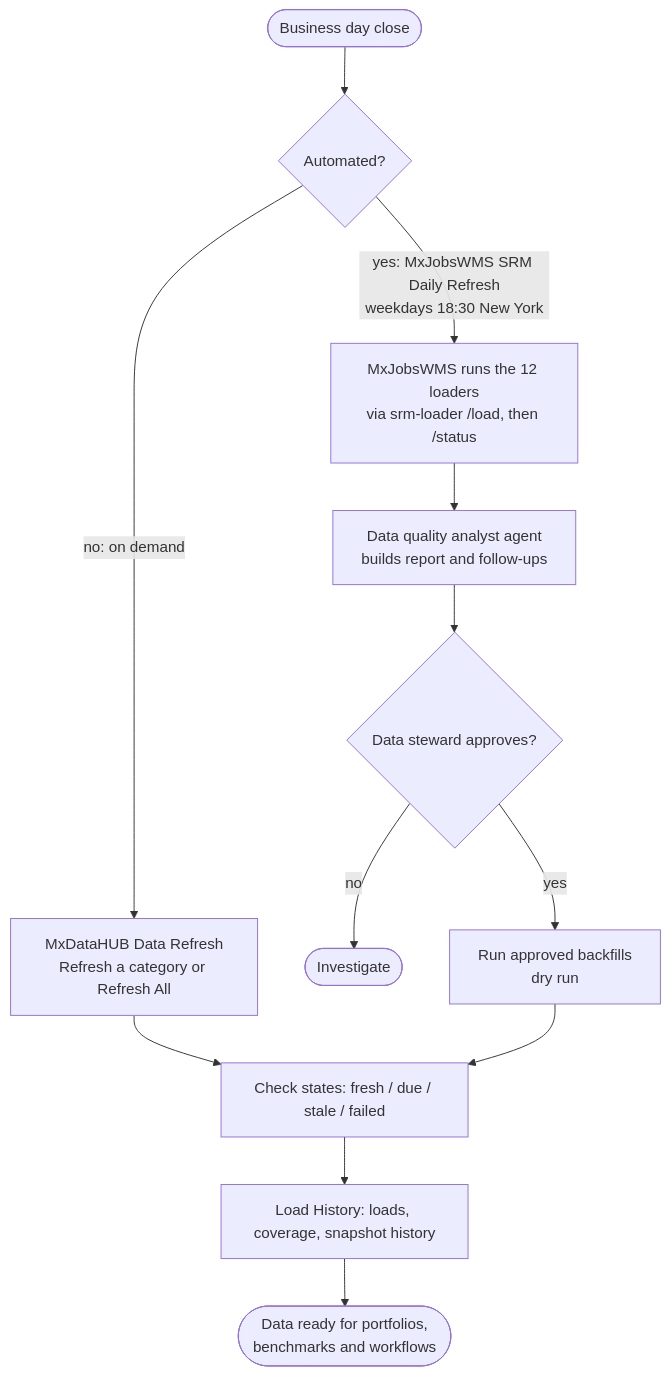
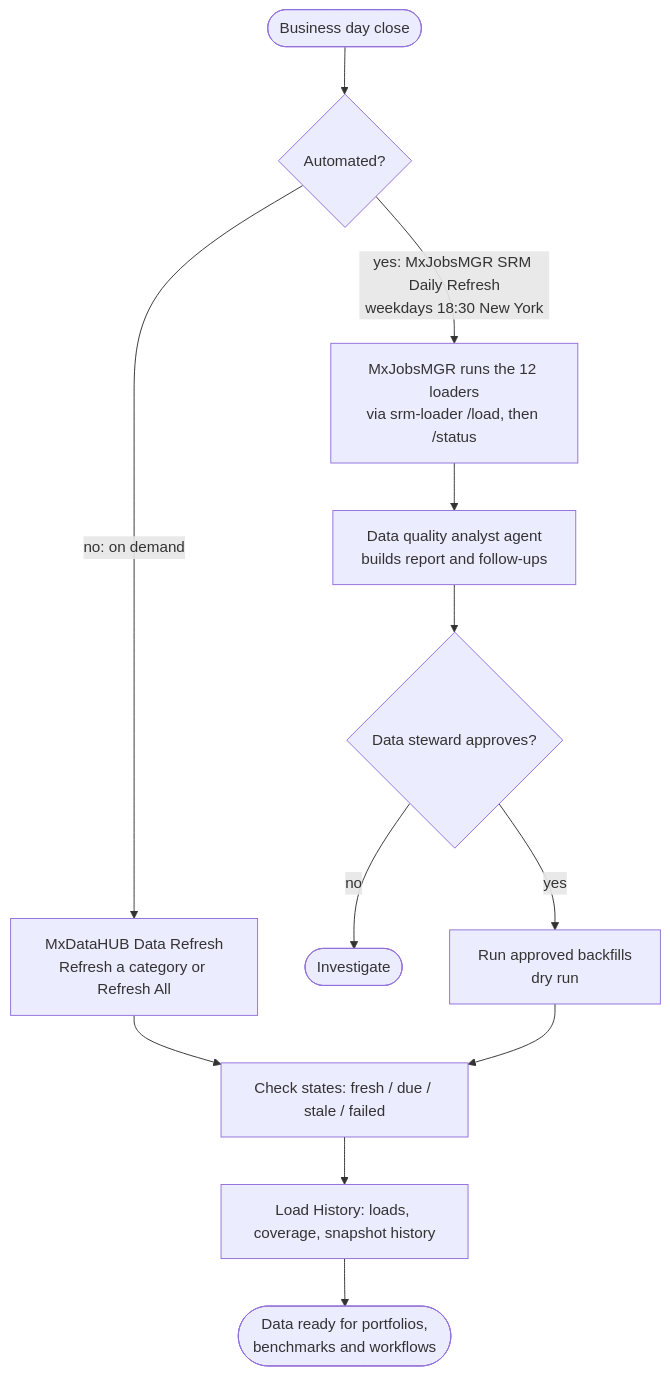
The eighth of 9 diagrams in MxAppsIDE/MxDataHUB/c4/workflows.md (k3jdr/Public), drawn with Mermaid before and after one commit. The commit also changed other lines of this file and 425 other files, not shown here.

First line of the commit message:
MxAppsIDE: sync MxAppsIOS 5a70603 — MxJobsWMS is MxJobsMGR, MxPortMGR is MxAcctMGR

````diff
--- a/MxAppsIDE/MxDataHUB/c4/workflows.md
+++ b/MxAppsIDE/MxDataHUB/c4/workflows.md
@@ -209,14 +209,14 @@
 ```mermaid
 flowchart TD
     start([Business day close]) --> auto{Automated?}
-    auto -- "yes: MxJobsWMS SRM Daily Refresh<br/>weekdays 18:30 New York" --> wms[MxJobsWMS runs the 12 loaders<br/>via srm-loader /load, then /status]
+    auto -- "yes: MxJobsMGR SRM Daily Refresh<br/>weekdays 18:30 New York" --> wms[MxJobsMGR runs the 12 loaders<br/>via srm-loader /load, then /status]
     wms --> review[Data quality analyst agent<br/>builds report and follow-ups]
     review --> approve{Data steward approves?}
     approve -- yes --> backfill[Run approved backfills<br/>dry run]
     approve -- no --> stop([Investigate])
     auto -- "no: on demand" --> hub[MxDataHUB Data Refresh<br/>Refresh a category or Refresh All]
     hub --> check[Check states: fresh / due / stale / failed]
     backfill --> check
     check --> audit[Load History: loads, coverage, snapshot history]
     audit --> done([Data ready for portfolios,<br/>benchmarks and workflows])
 ```
````
